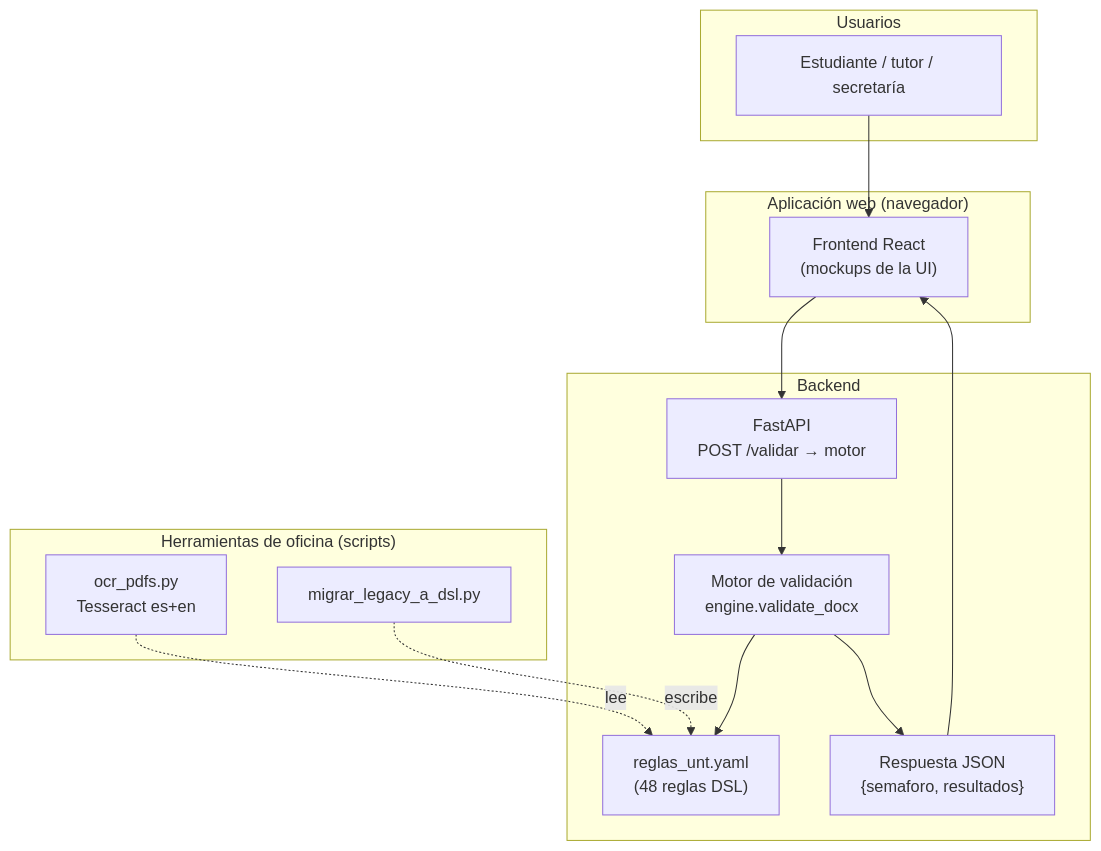
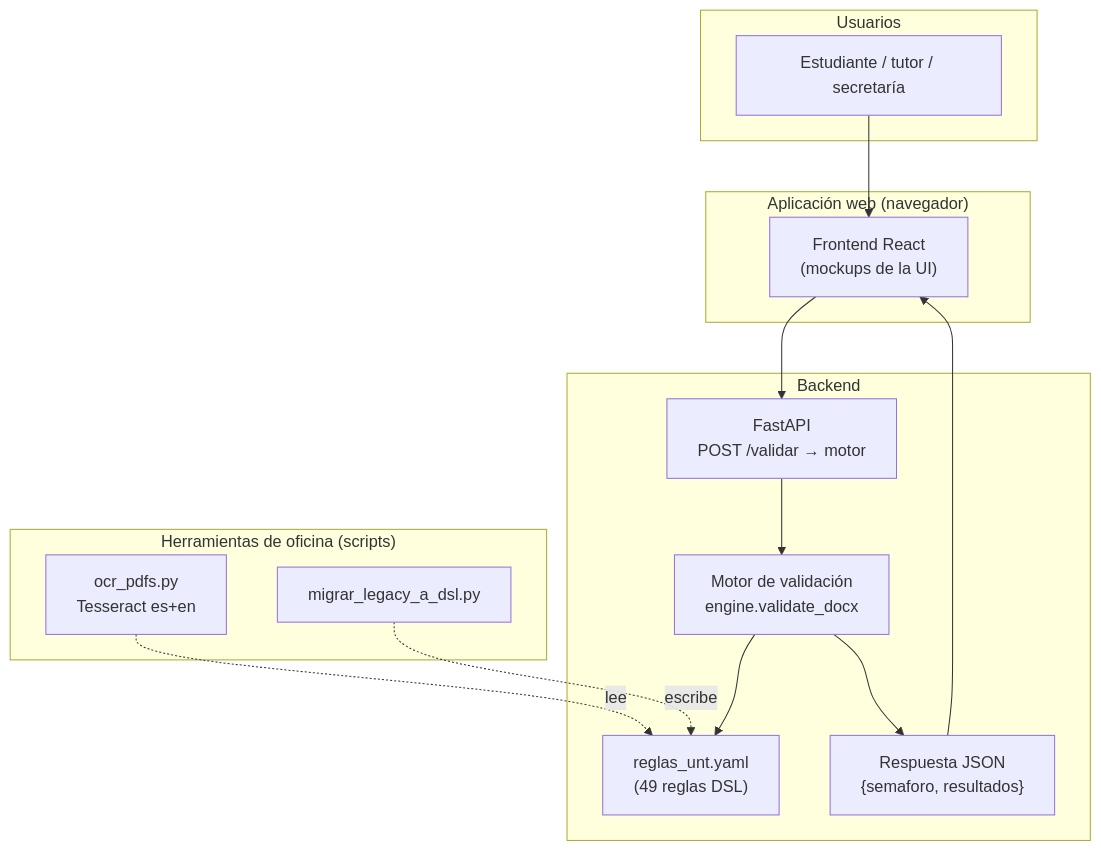
Before and after one commit to IvanSanchezSil/vistobueno: the second of 7 diagrams in docs/diseno/01_arq_motor.md, drawn with Mermaid. The commit also changed other lines of this file and 23 other files, not shown here.

````diff
--- a/docs/diseno/01_arq_motor.md
+++ b/docs/diseno/01_arq_motor.md
@@ -89,31 +89,31 @@
 ```mermaid
 flowchart TB
     subgraph USR["Usuarios"]
         EST["Estudiante / tutor / secretaría"]
     end
 
     subgraph WEB["Aplicación web (navegador)"]
         FR["Frontend React<br/>(mockups de la UI)"]
     end
 
     subgraph API_B["Backend"]
         FAPI["FastAPI<br/>POST /validar → motor"]
         SM["Motor de validación<br/>engine.validate_docx"]
-        REG["reglas_unt.yaml<br/>(48 reglas DSL)"]
+        REG["reglas_unt.yaml<br/>(49 reglas DSL)"]
         OUT["Respuesta JSON<br/>{semaforo, resultados}"]
     end
 
     subgraph OFF["Herramientas de oficina (scripts)"]
         OCR["ocr_pdfs.py<br/>Tesseract es+en"]
         MIG["migrar_legacy_a_dsl.py"]
     end
 
     EST --> FR
     FR --> FAPI
     FAPI --> SM
     SM --> REG
     SM --> OUT
     OUT --> FR
     OCR -. lee .-> REG
     MIG -. escribe .-> REG
 ```
````
